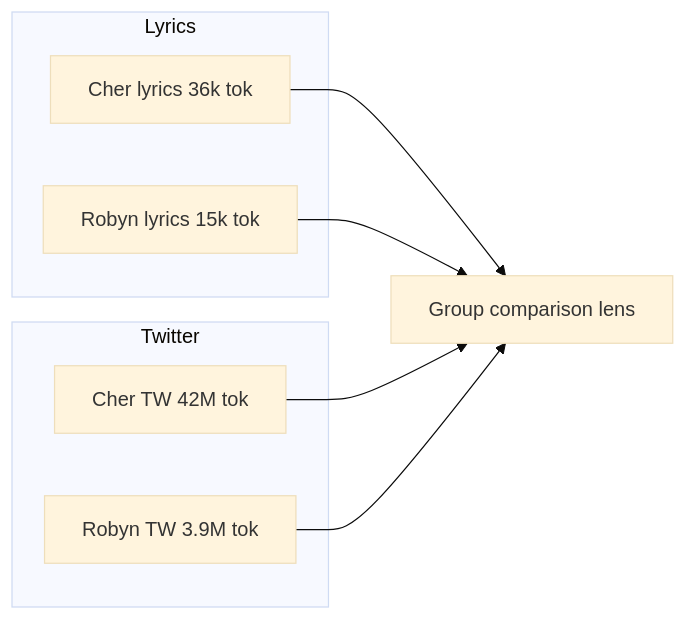
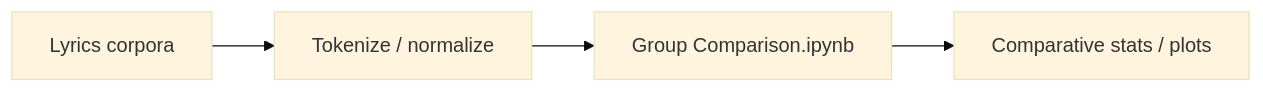
One commit to ArchanaChetan07/Lyrics-Tokenization-Analysis changed the first of 3 diagrams in README.md. Above: the diagram before and after it, drawn with Mermaid (base theme). The commit also changed other lines of this file, not shown here.

Commit message:
docs: FAANG-ready professional README with diagrams and verified metrics

````diff
--- a/README.md
+++ b/README.md
@@ -61,12 +28,6 @@
 ```mermaid
 flowchart LR
-  subgraph Lyrics
-    CL[Cher lyrics 36k tok]
-    RL[Robyn lyrics 15k tok]
-  end
-  subgraph Twitter
-    CT[Cher TW 42M tok]
-    RT[Robyn TW 3.9M tok]
-  end
-  CL & RL & CT & RT --> CMP[Group comparison lens]
+  L[Lyrics corpora] --> T[Tokenize / normalize]
+  T --> C[Group Comparison.ipynb]
+  C --> V[Comparative stats / plots]
 ```
````
